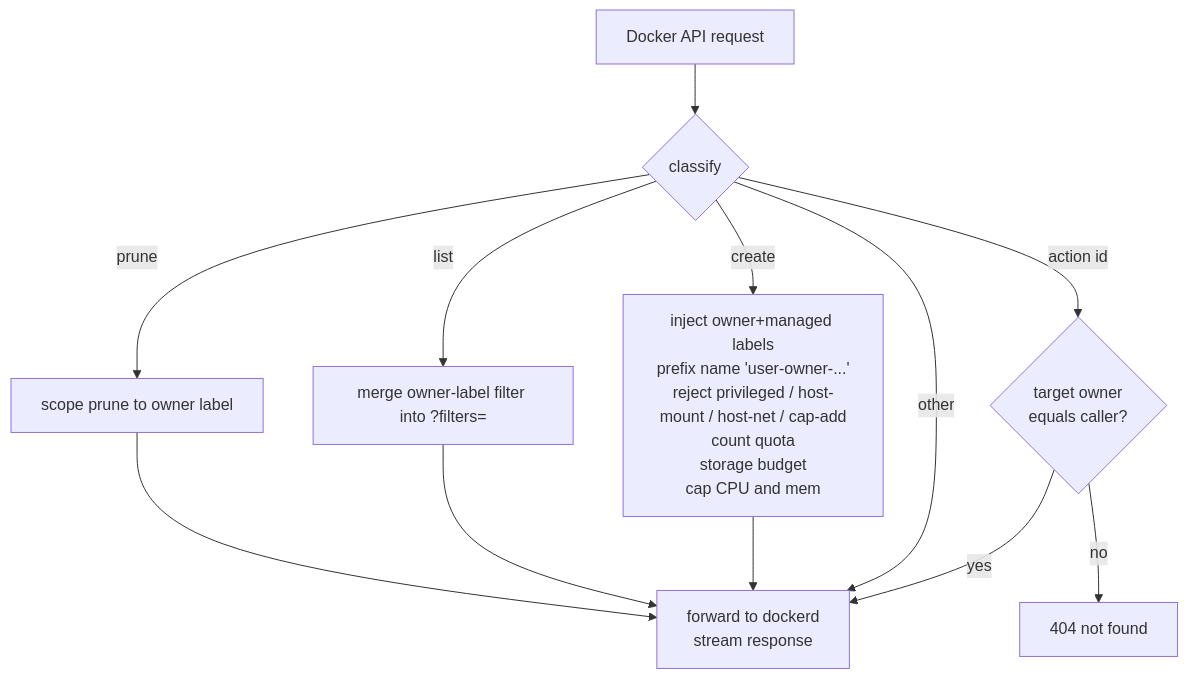
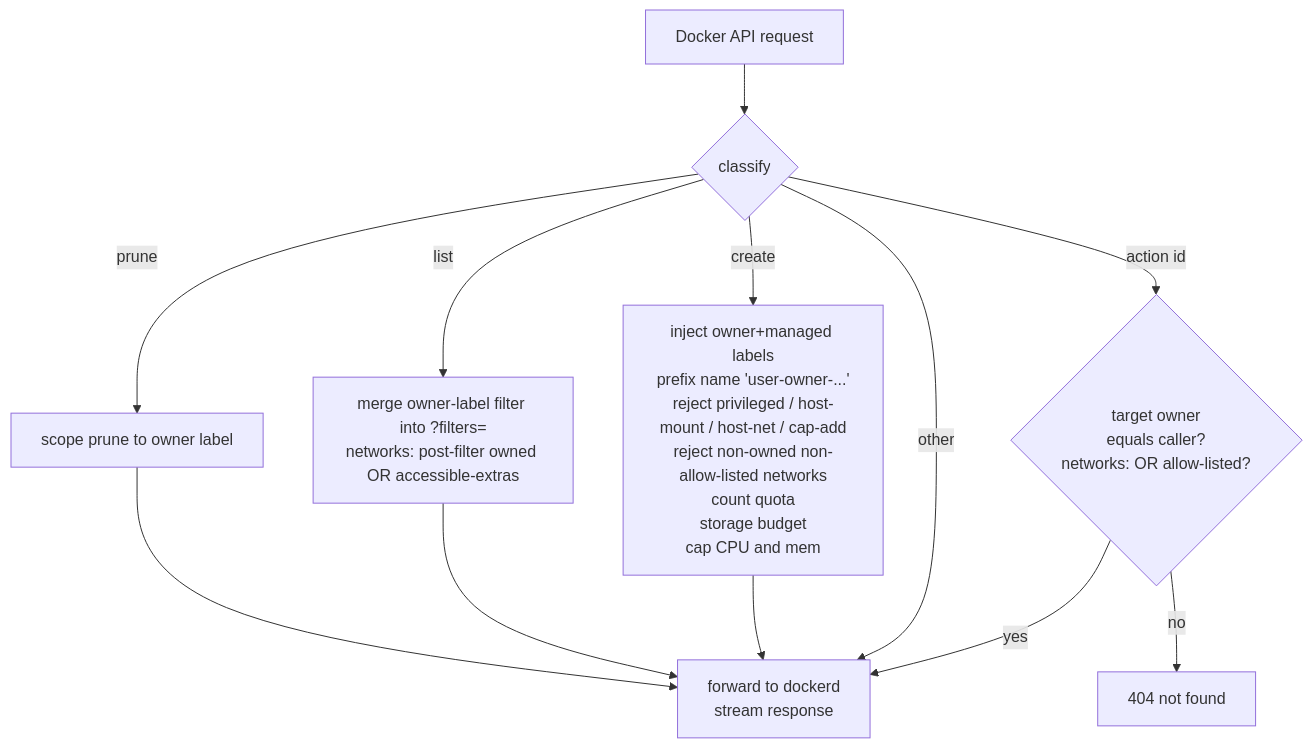
One commit to stellarshenson/stellars-jupyterhub-ds changed the second of 2 diagrams in docs/limited-docker-access.md. Above: the diagram before and after it, drawn with Mermaid. The commit also changed other lines of this file and 12 other files, not shown here.

````diff
--- a/docs/limited-docker-access.md
+++ b/docs/limited-docker-access.md
@@ -55,14 +55,14 @@
 ```mermaid
 flowchart TD
     REQ[Docker API request] --> CL{classify}
-    CL -- create --> CR[inject owner+managed labels<br/>prefix name 'user-owner-...'<br/>reject privileged / host-mount / host-net / cap-add<br/>count quota<br/>storage budget<br/>cap CPU and mem]
-    CL -- list --> LS[merge owner-label filter into ?filters=]
-    CL -- "action id" --> AC{target owner<br/>equals caller?}
+    CL -- create --> CR[inject owner+managed labels<br/>prefix name 'user-owner-...'<br/>reject privileged / host-mount / host-net / cap-add<br/>reject non-owned non-allow-listed networks<br/>count quota<br/>storage budget<br/>cap CPU and mem]
+    CL -- list --> LS[merge owner-label filter into ?filters=<br/>networks: post-filter owned OR accessible-extras]
+    CL -- "action id" --> AC{target owner<br/>equals caller?<br/>networks: OR allow-listed?}
     AC -- yes --> FW
     AC -- no --> NF[404 not found]
     CL -- prune --> PR[scope prune to owner label]
     CL -- other --> FW[forward to dockerd<br/>stream response]
     CR --> FW
     LS --> FW
     PR --> FW
 ```
````
